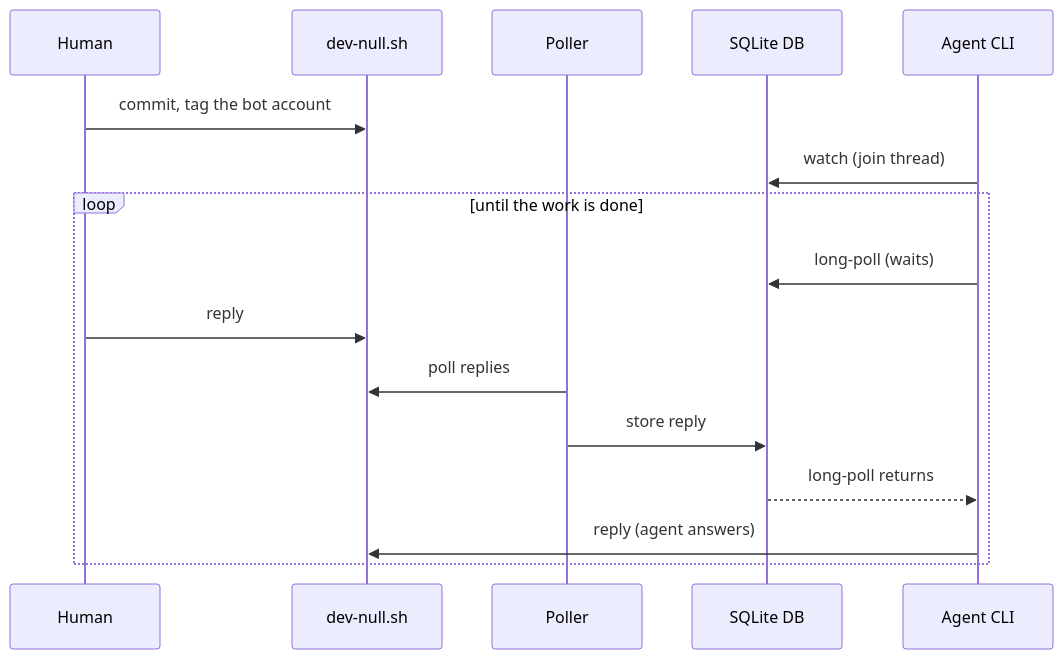
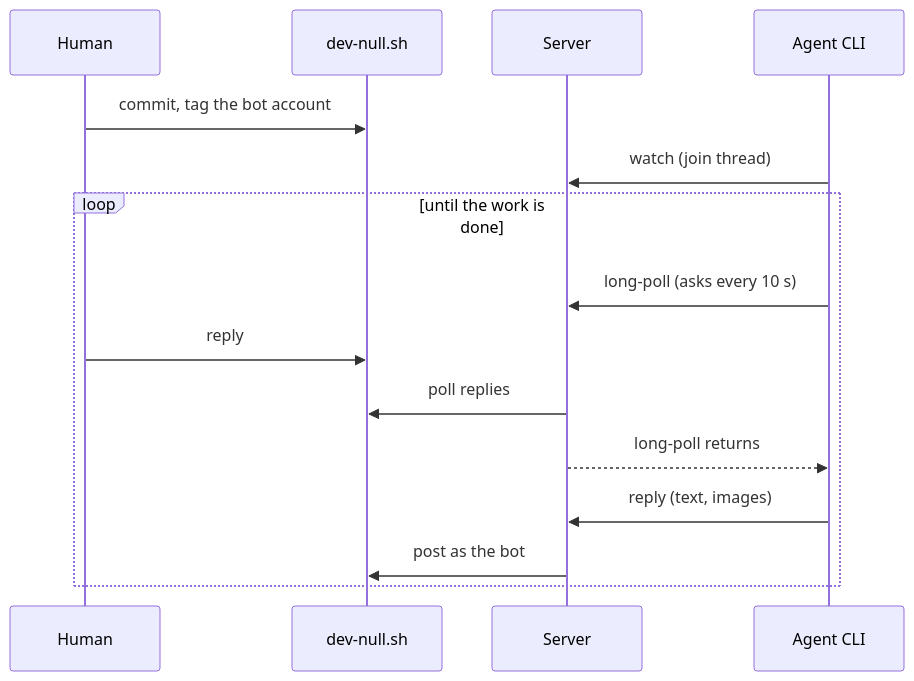
The diagram in README.md (dtinth/dev-null-bridge), drawn with Mermaid before and after one commit. The commit also changed other lines of this file and 35 other files, not shown here.

First line of the commit message:
Central server on a VPS, thin CLI on every machine (#1)

````diff
--- a/README.md
+++ b/README.md
@@ -13,18 +15,17 @@
 ```mermaid
 sequenceDiagram
   participant H as Human
   participant D as dev-null.sh
-  participant P as Poller
-  participant S as SQLite DB
+  participant S as Server
   participant A as Agent CLI
   H->>D: commit, tag the bot account
   A->>S: watch (join thread)
   loop until the work is done
-    A->>S: long-poll (waits)
+    A->>S: long-poll (asks every 10 s)
     H->>D: reply
-    P->>D: poll replies
-    P->>S: store reply
+    S->>D: poll replies
     S-->>A: long-poll returns
-    A->>D: reply (agent answers)
+    A->>S: reply (text, images)
+    S->>D: post as the bot
   end
 ```
````
